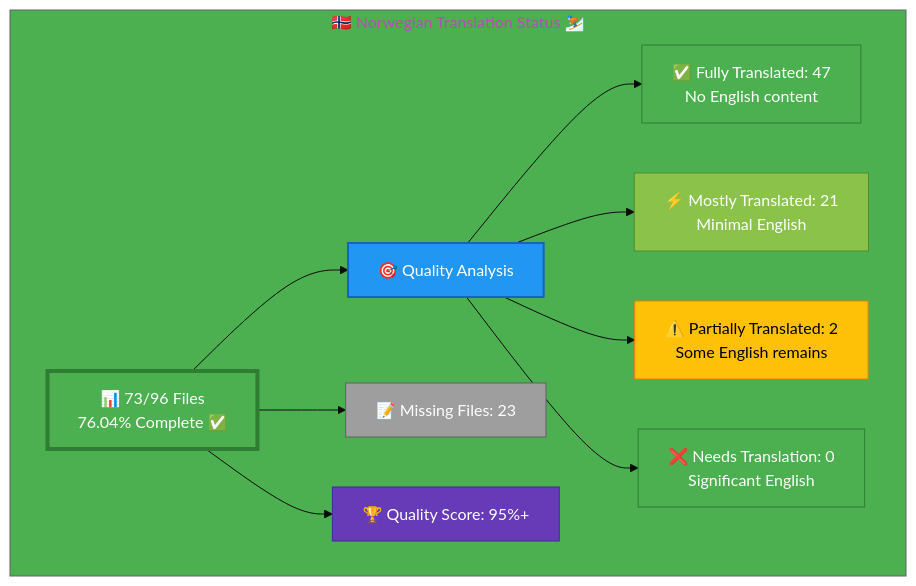
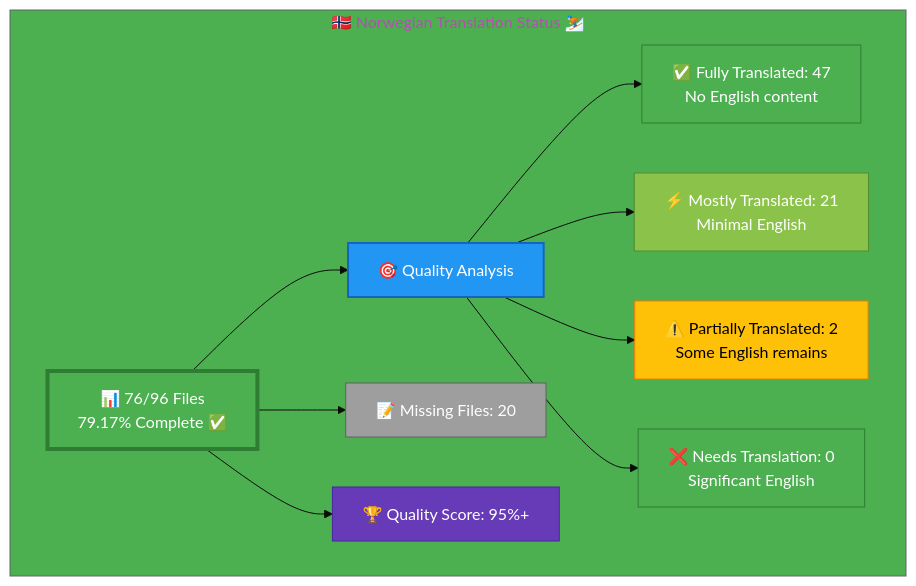
One commit to Hack23/homepage changed the diagram in Norwegian-Translation-Status.md. Above: the diagram before and after it, drawn with Mermaid. The commit also changed other lines of this file and 3 other files, not shown here.

````diff
--- a/Norwegian-Translation-Status.md
+++ b/Norwegian-Translation-Status.md
@@ -12,26 +12,26 @@
 ```mermaid
 %%{init: {'theme':'base', 'themeVariables': {'primaryColor':'#4CAF50','secondaryColor':'#2196F3','tertiaryColor':'#4CAF50','fontSize':'16px'}}}%%
 graph TB
     subgraph "🇳🇴 Norwegian Translation Status ⛷️"
-        A["📊 73/96 Files<br/>76.04% Complete ✅ "]
+        A["📊 76/96 Files<br/>79.17% Complete ✅ "]
         
         A --> B["🎯 Quality Analysis"]
         B --> C["✅ Fully Translated: 47<br/>No English content"]
         B --> D["⚡ Mostly Translated: 21<br/>Minimal English"]
         B --> E["⚠️  Partially Translated: 2<br/>Some English remains"]
         B --> F["❌ Needs Translation: 0<br/>Significant English"]
         
-        A --> G["📝 Missing Files: 23"]
+        A --> G["📝 Missing Files: 20"]
         
         A --> H["🏆 Quality Score: 95%+"]
         
         style A fill:#4CAF50,stroke:#2E7D32,color:#fff,stroke-width:4px
         style B fill:#2196F3,stroke:#1565C0,color:#fff,stroke-width:2px
         style C fill:#4CAF50,stroke:#2E7D32,color:#fff
         style D fill:#8BC34A,stroke:#558B2F,color:#fff
         style E fill:#FFC107,stroke:#F57C00,color:#000
         style F fill:#4CAF50,stroke:#2E7D32,color:#fff
         style G fill:#9E9E9E,stroke:#616161,color:#fff
         style H fill:#673AB7,stroke:#4527A0,color:#fff
     end
 ```
````
